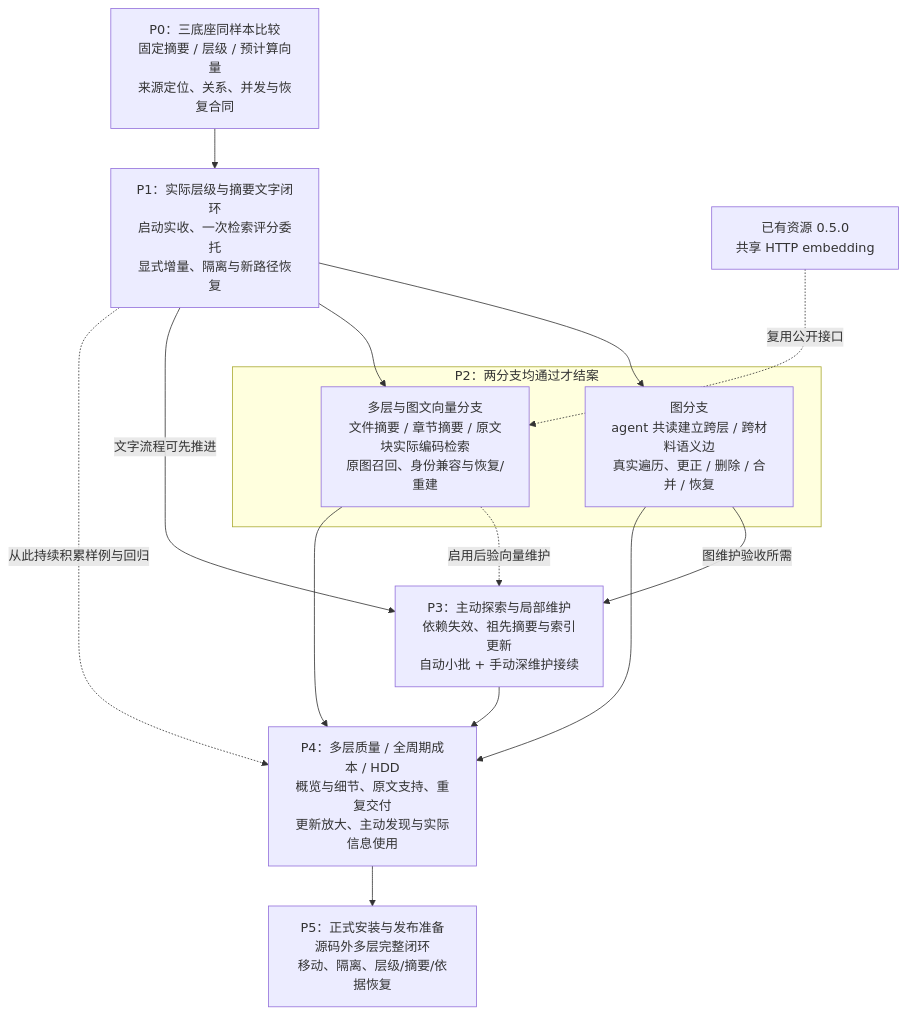
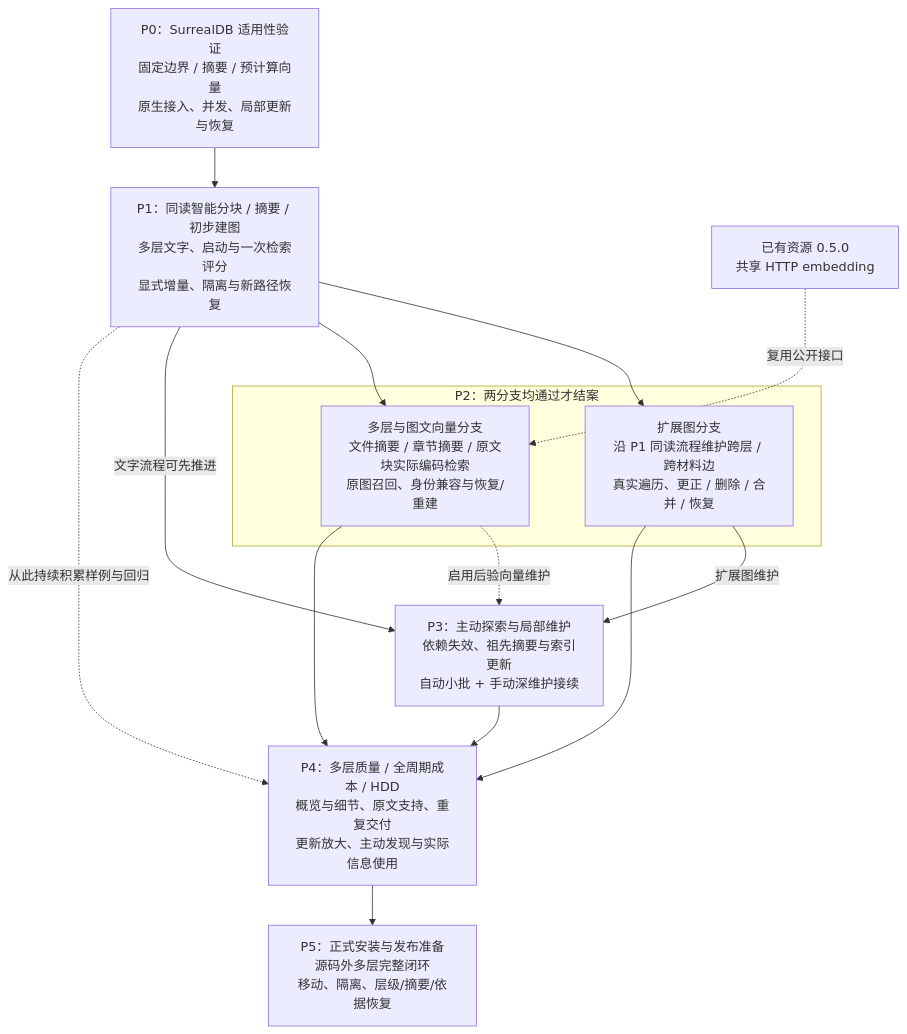
The third of 3 diagrams in devDoc/tasks/20261106-memory-system/diagrams.md (YS-Pan/basePack), drawn with Mermaid before and after one commit. The commit also changed other lines of this file and 8 other files, not shown here.

Commit message:
docs: focus memory plan on SurrealDB and joint agent chunking

````diff
--- a/devDoc/tasks/20261106-memory-system/diagrams.md
+++ b/devDoc/tasks/20261106-memory-system/diagrams.md
@@ -71,25 +71,25 @@
 ```mermaid
 flowchart TB
-  p0["P0：三底座同样本比较<br/>固定摘要 / 层级 / 预计算向量<br/>来源定位、关系、并发与恢复合同"]
-  p1["P1：实际层级与摘要文字闭环<br/>启动实收、一次检索评分委托<br/>显式增量、隔离与新路径恢复"]
+  p0["P0：SurrealDB 适用性验证<br/>固定边界 / 摘要 / 预计算向量<br/>原生接入、并发、局部更新与恢复"]
+  p1["P1：同读智能分块 / 摘要 / 初步建图<br/>多层文字、启动与一次检索评分<br/>显式增量、隔离与新路径恢复"]
   subgraph p2["P2：两分支均通过才结案"]
-    semantic["图分支<br/>agent 共读建立跨层 / 跨材料语义边<br/>真实遍历、更正 / 删除 / 合并 / 恢复"]
+    semantic["扩展图分支<br/>沿 P1 同读流程维护跨层 / 跨材料边<br/>真实遍历、更正 / 删除 / 合并 / 恢复"]
     vector["多层与图文向量分支<br/>文件摘要 / 章节摘要 / 原文块实际编码检索<br/>原图召回、身份兼容与恢复/重建"]
   end
   p3["P3：主动探索与局部维护<br/>依赖失效、祖先摘要与索引更新<br/>自动小批 + 手动深维护接续"]
   p4["P4：多层质量 / 全周期成本 / HDD<br/>概览与细节、原文支持、重复交付<br/>更新放大、主动发现与实际信息使用"]
   p5["P5：正式安装与发布准备<br/>源码外多层完整闭环<br/>移动、隔离、层级/摘要/依据恢复"]
   resources["已有资源 0.5.0<br/>共享 HTTP embedding"]
   p0 --> p1
   p1 --> semantic
   p1 --> vector
   p1 -->|文字流程可先推进| p3
-  semantic -->|图维护验收所需| p3
+  semantic -->|扩展图维护| p3
   vector -.->|启用后验向量维护| p3
   resources -.->|复用公开接口| vector
   p1 -.->|从此持续积累样例与回归| p4
   semantic --> p4
   vector --> p4
   p3 --> p4
   p4 --> p5
 ```
````
